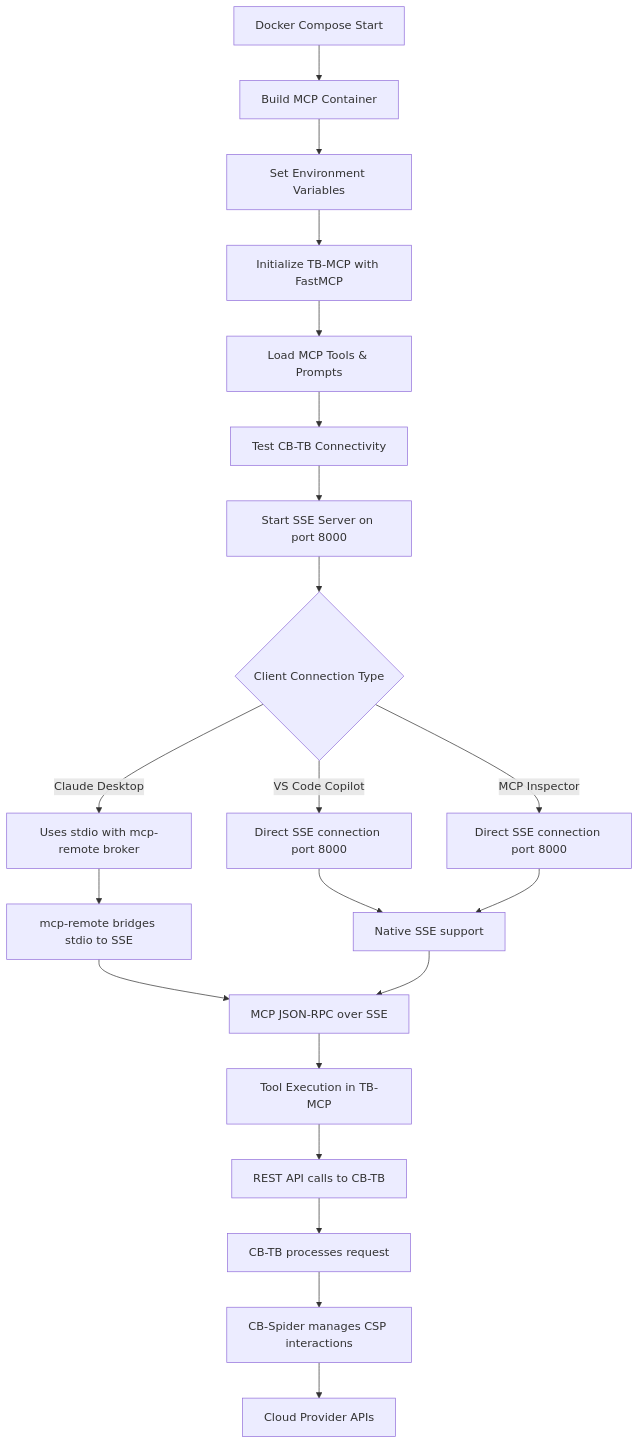
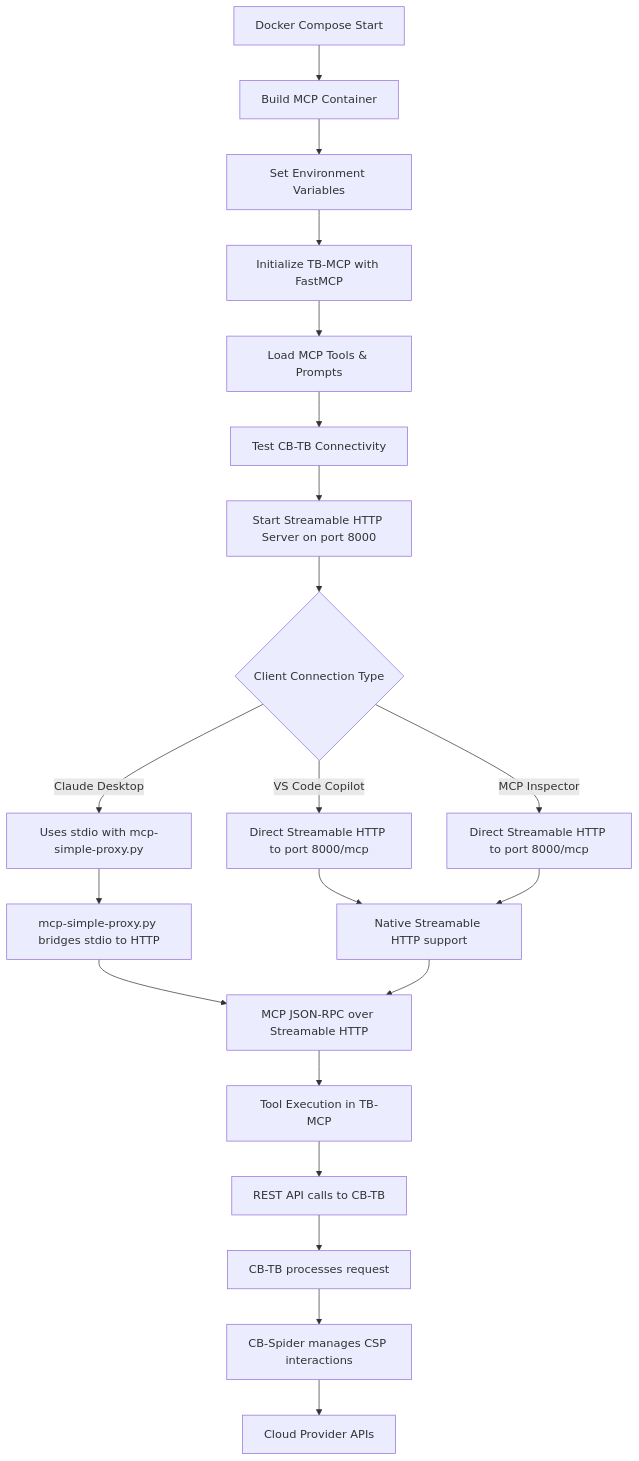
The seventh of 7 diagrams in deployments/docker-compose/cb-tumblebug/interface/mcp/architecture.md (cloud-barista/cm-beetle), drawn with Mermaid before and after one commit. The commit also changed other lines of this file and 59 other files, not shown here.

````diff
--- a/deployments/docker-compose/cb-tumblebug/interface/mcp/architecture.md
+++ b/deployments/docker-compose/cb-tumblebug/interface/mcp/architecture.md
@@ -286,26 +282,26 @@
 ```mermaid
 flowchart TD
     A[Docker Compose Start] --> B[Build MCP Container]
     B --> C[Set Environment Variables]
     C --> D[Initialize TB-MCP with FastMCP]
     D --> E[Load MCP Tools & Prompts]
     E --> F[Test CB-TB Connectivity]
-    F --> G[Start SSE Server on port 8000]
+    F --> G[Start Streamable HTTP Server on port 8000]
     
     G --> H{Client Connection Type}
-    H -->|Claude Desktop| I[Uses stdio with mcp-remote broker]
-    H -->|VS Code Copilot| J[Direct SSE connection port 8000]
-    H -->|MCP Inspector| K[Direct SSE connection port 8000]
+    H -->|Claude Desktop| I[Uses stdio with mcp-simple-proxy.py]
+    H -->|VS Code Copilot| J[Direct Streamable HTTP to port 8000/mcp]
+    H -->|MCP Inspector| K[Direct Streamable HTTP to port 8000/mcp]
     
-    I --> L[mcp-remote bridges stdio to SSE]
-    J --> M[Native SSE support]
+    I --> L[mcp-simple-proxy.py bridges stdio to HTTP]
+    J --> M[Native Streamable HTTP support]
     K --> M
     
-    L --> N[MCP JSON-RPC over SSE]
+    L --> N[MCP JSON-RPC over Streamable HTTP]
     M --> N
     N --> O[Tool Execution in TB-MCP]
     O --> P[REST API calls to CB-TB]
     P --> Q[CB-TB processes request]
     Q --> R[CB-Spider manages CSP interactions]
     R --> S[Cloud Provider APIs]
 ```
````
